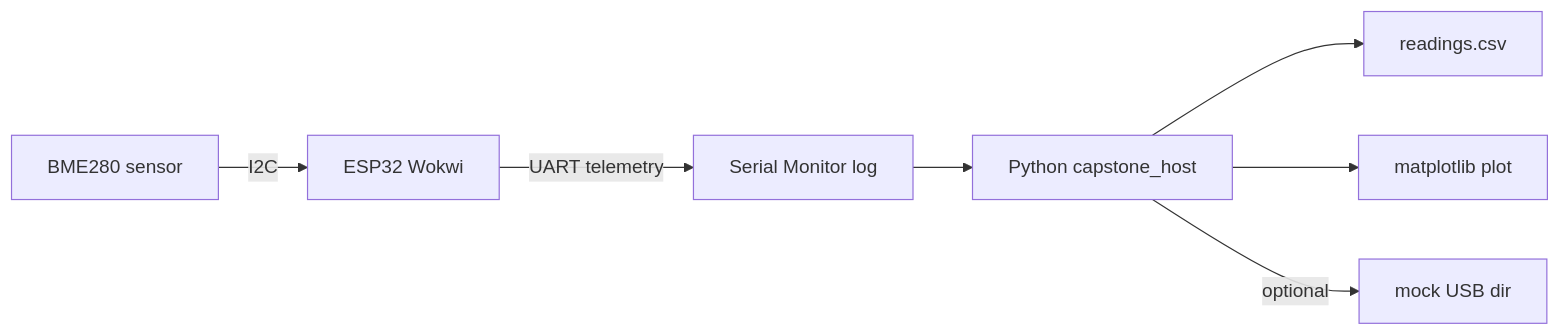
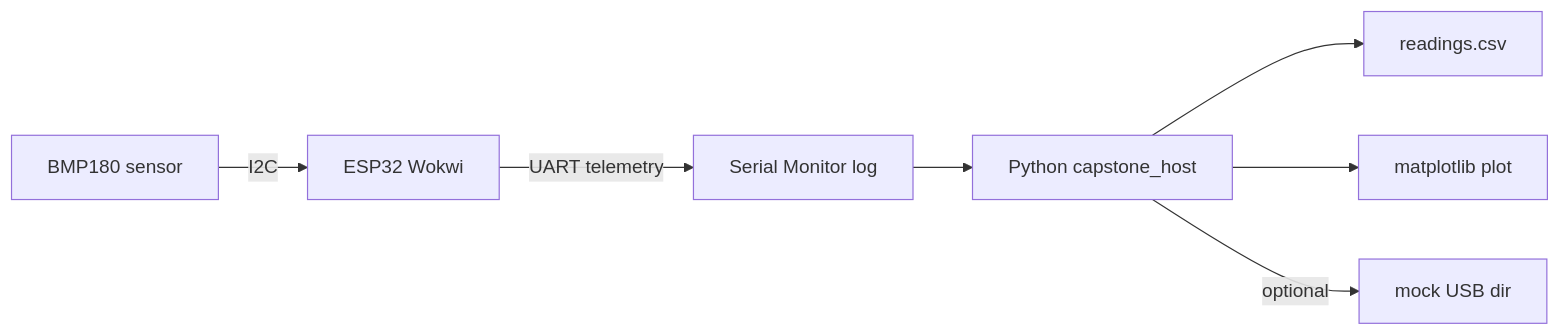
Before and after one commit to dmytro-kushnir/ppid-labs: the diagram in docs/diagrams/capstone-components.md, drawn with Mermaid. The commit also changed other lines of this file and 16 other files, not shown here.

````diff
--- a/docs/diagrams/capstone-components.md
+++ b/docs/diagrams/capstone-components.md
@@ -5,9 +5,9 @@
 ```mermaid
 flowchart LR
-  BME[BME280 sensor] -->|I2C| ESP[ESP32 Wokwi]
+  BMP[BMP180 sensor] -->|I2C| ESP[ESP32 Wokwi]
   ESP -->|UART telemetry| Mon[Serial Monitor log]
   Mon --> Host[Python capstone_host]
   Host --> CSV[readings.csv]
   Host --> Plot[matplotlib plot]
   Host -->|optional| USB[mock USB dir]
 ```
````
